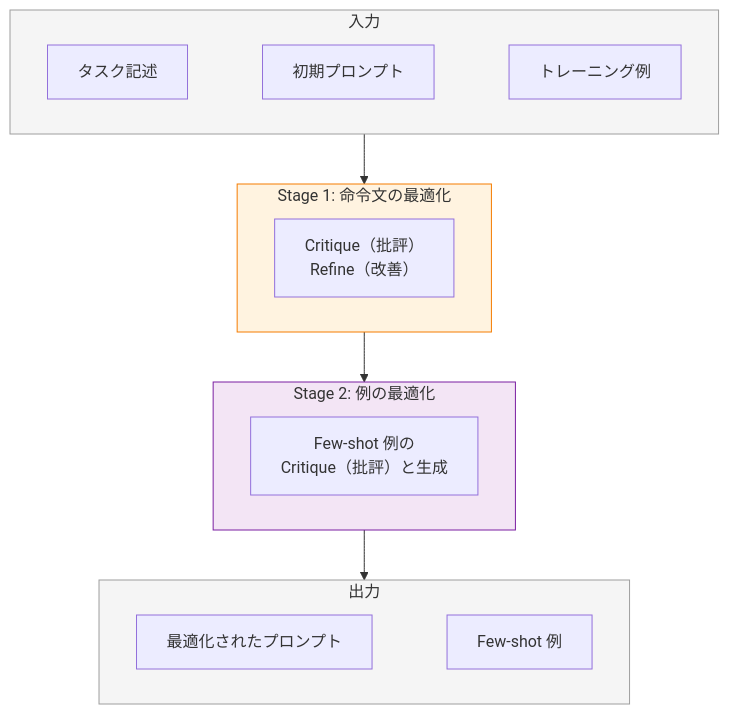
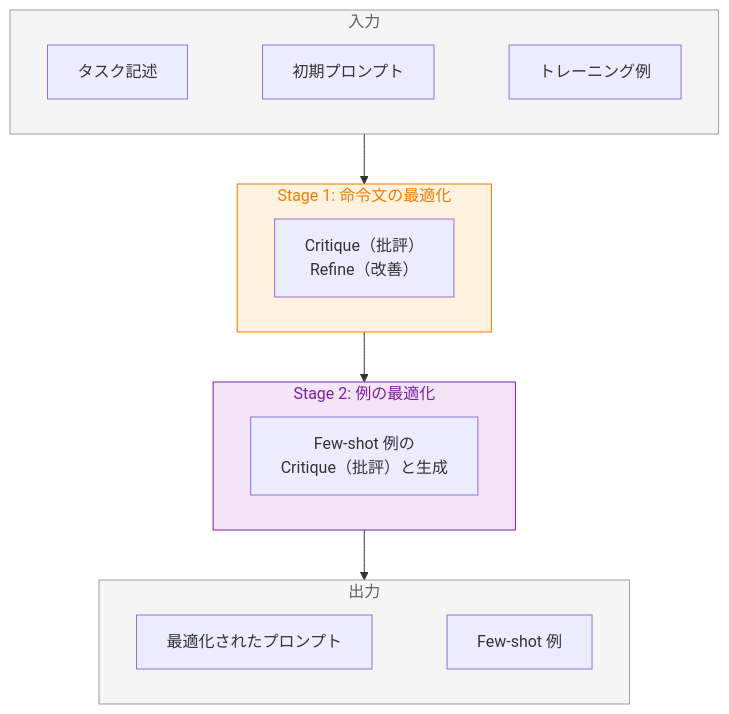
One commit to nomhiro/zenn-blog changed the first of 5 diagrams in articles/promptwizard-vs-agentlightning.md. Above: the diagram before and after it, drawn with Mermaid. The commit also changed other lines of this file, not shown here.

Commit message:
fix: フローチャートのスタイル設定を修正

````diff
--- a/articles/promptwizard-vs-agentlightning.md
+++ b/articles/promptwizard-vs-agentlightning.md
@@ -65,29 +65,29 @@
 ```mermaid
 flowchart TB
     subgraph Input["入力"]
         direction LR
         I1[タスク記述] ~~~ I2[初期プロンプト] ~~~ I3[トレーニング例]
     end
 
     subgraph Stage1["Stage 1: 命令文の最適化"]
         direction LR
         S1[Critique（批評）<br>Refine（改善）]
     end
 
     subgraph Stage2["Stage 2: 例の最適化"]
         direction LR
         S2[Few-shot 例の<br>Critique（批評）と生成]
     end
 
     subgraph Output["出力"]
         direction LR
         O1[最適化されたプロンプト] ~~~ O2[Few-shot 例]
     end
 
     Input --> Stage1 --> Stage2 --> Output
 
-    style Input fill:#f5f5f5,stroke:#9e9e9e
-    style Stage1 fill:#fff3e0,stroke:#f57c00
-    style Stage2 fill:#f3e5f5,stroke:#7b1fa2
-    style Output fill:#f5f5f5,stroke:#9e9e9e
+    style Input fill:#f5f5f5,stroke:#9e9e9e,color:#616161
+    style Stage1 fill:#fff3e0,stroke:#f57c00,color:#f57c00
+    style Stage2 fill:#f3e5f5,stroke:#7b1fa2,color:#7b1fa2
+    style Output fill:#f5f5f5,stroke:#9e9e9e,color:#616161
 ```
````
